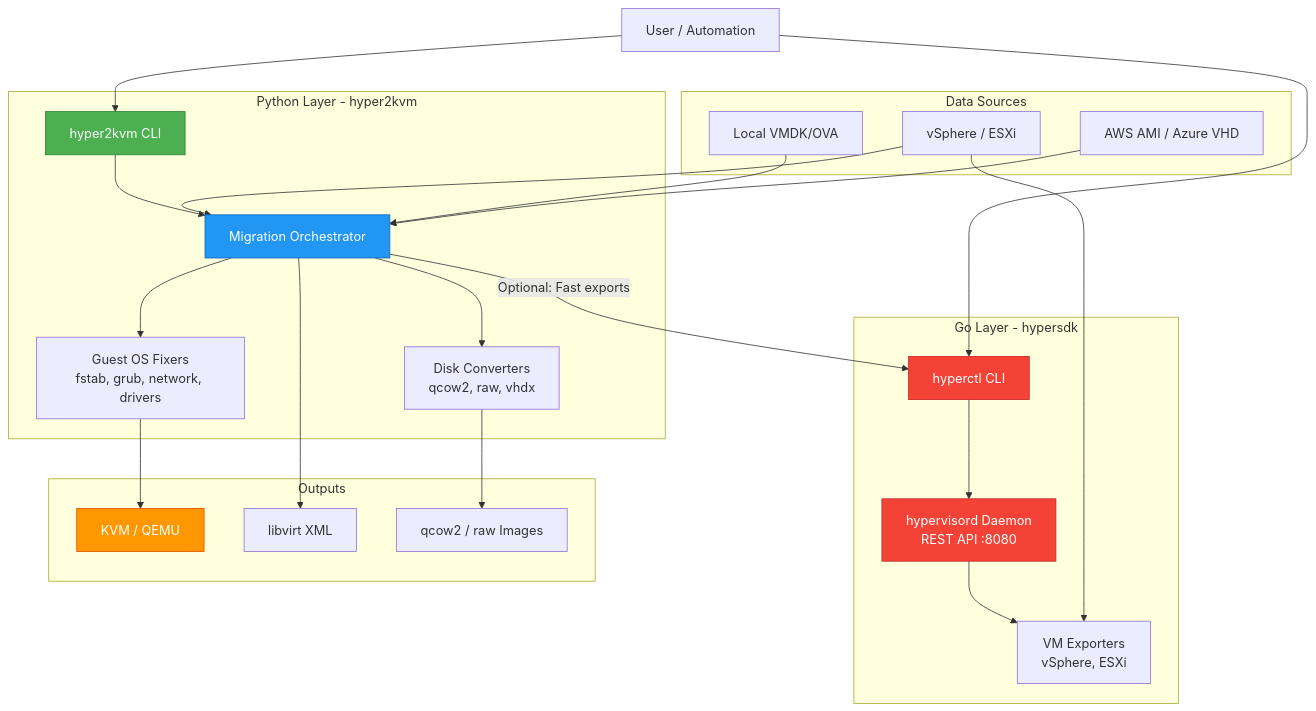
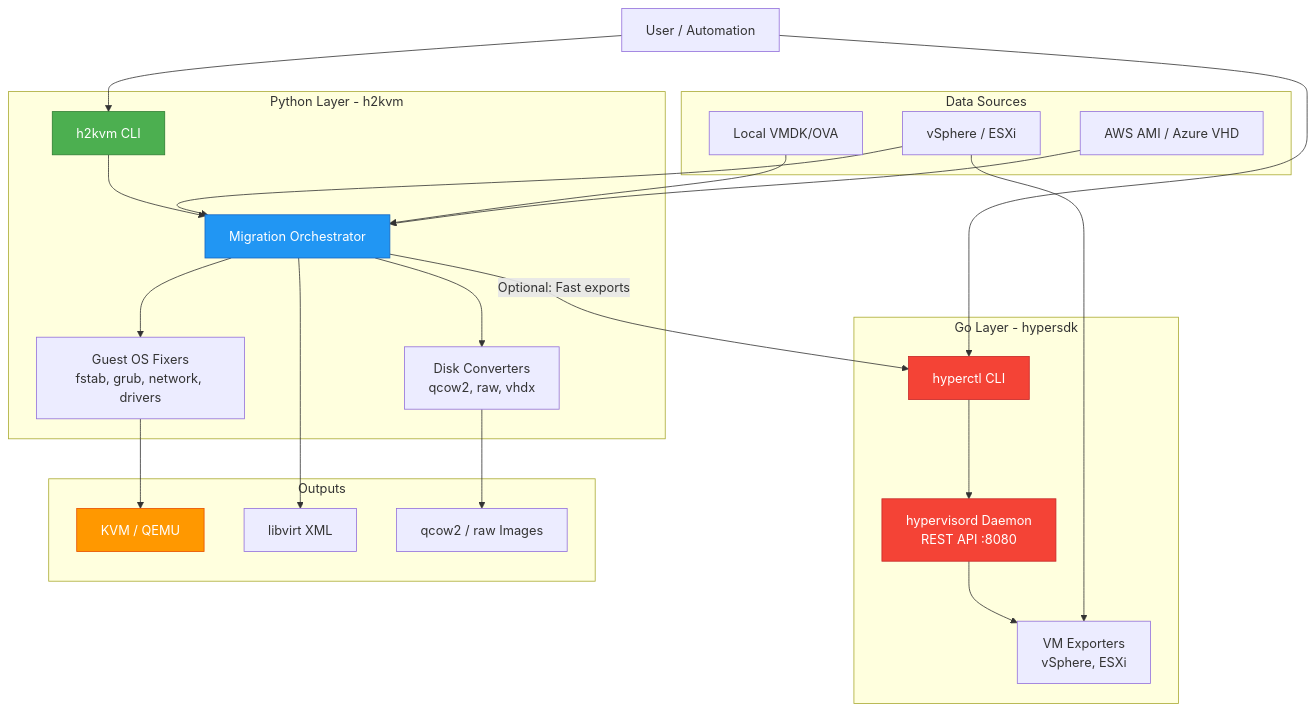
Before and after one commit to zyvorai/h2kvm: the diagram in docs/project/ECOSYSTEM.md, drawn with Mermaid. The commit also changed other lines of this file and 2146 other files, not shown here.

First line of the commit message:
Rename project hyper2kvm -> h2kvm

````diff
--- a/docs/project/ECOSYSTEM.md
+++ b/docs/project/ECOSYSTEM.md
@@ -91,55 +91,55 @@
 ```mermaid
 graph TB
     User[User / Automation]
 
-    subgraph "Python Layer - hyper2kvm"
-        CLI[hyper2kvm CLI]
+    subgraph "Python Layer - h2kvm"
+        CLI[h2kvm CLI]
         Orchestrator[Migration Orchestrator]
         Fixers[Guest OS Fixers<br/>fstab, grub, network, drivers]
         Converters[Disk Converters<br/>qcow2, raw, vhdx]
     end
 
     subgraph "Go Layer - hypersdk"
         HyperCTL[hyperctl CLI]
         HyperVisord[hypervisord Daemon<br/>REST API :8080]
         Exporters[VM Exporters<br/>vSphere, ESXi]
     end
 
     subgraph "Data Sources"
         VSphere[vSphere / ESXi]
         Local[Local VMDK/OVA]
         Cloud[AWS AMI / Azure VHD]
     end
 
     subgraph "Outputs"
         KVM[KVM / QEMU]
         LibVirt[libvirt XML]
         Images[qcow2 / raw Images]
     end
 
     User --> CLI
     User --> HyperCTL
 
     CLI --> Orchestrator
     Orchestrator --> Fixers
     Orchestrator --> Converters
     Orchestrator -->|Optional: Fast exports| HyperCTL
 
     HyperCTL --> HyperVisord
     HyperVisord --> Exporters
 
     VSphere --> Exporters
     VSphere --> Orchestrator
     Local --> Orchestrator
     Cloud --> Orchestrator
 
     Converters --> Images
     Fixers --> KVM
     Orchestrator --> LibVirt
 
     style CLI fill:#4CAF50,stroke:#2E7D32,color:#fff
     style HyperCTL fill:#F44336,stroke:#C62828,color:#fff
     style HyperVisord fill:#F44336,stroke:#C62828,color:#fff
     style Orchestrator fill:#2196F3,stroke:#1565C0,color:#fff
     style KVM fill:#FF9800,stroke:#E65100,color:#fff
 ```
````
